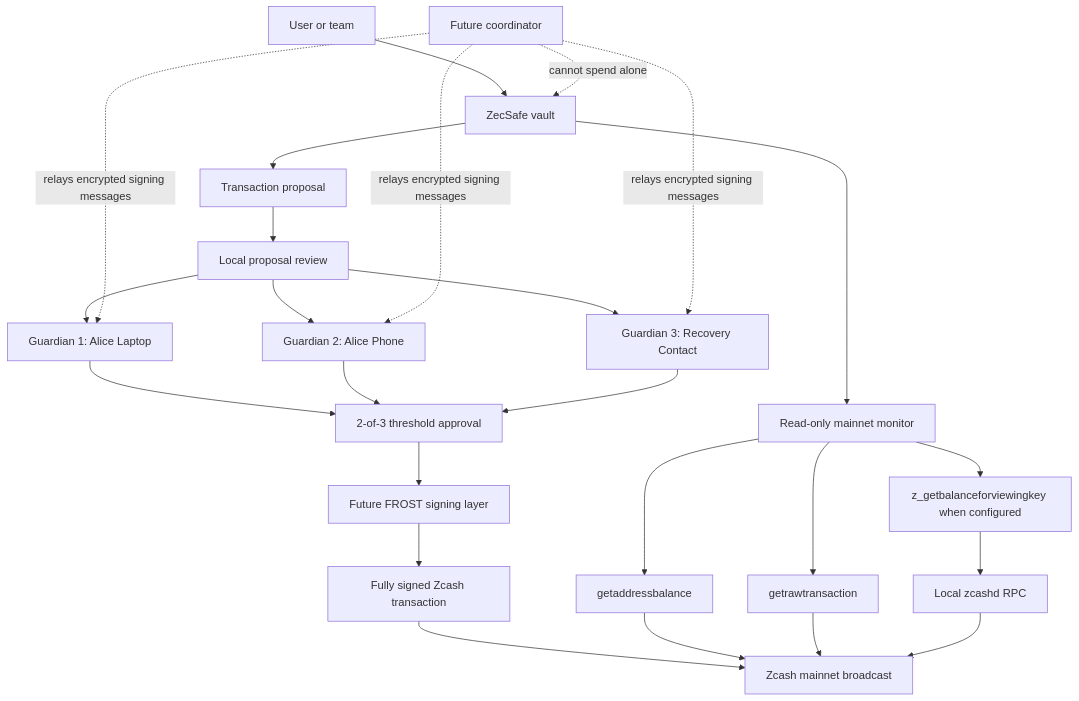
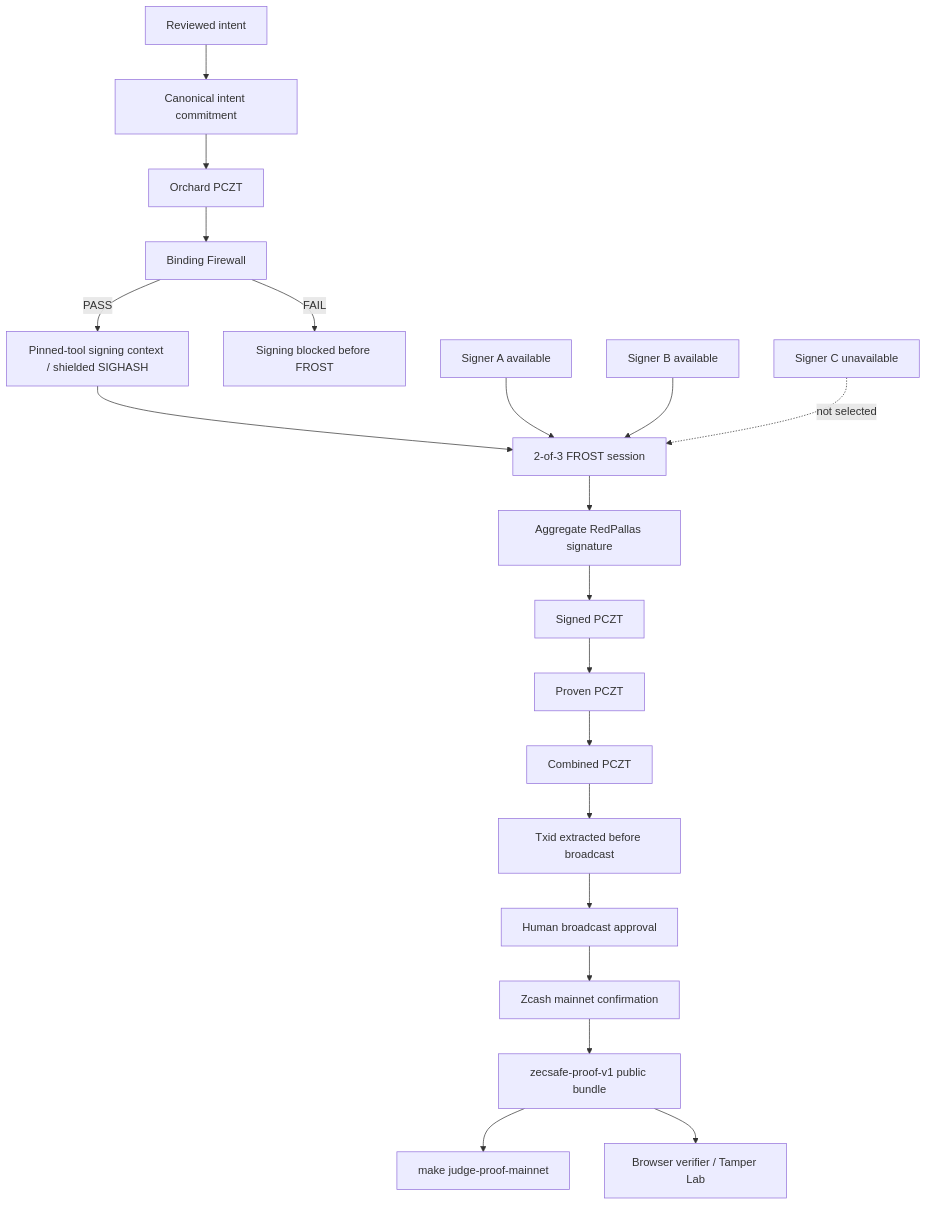
The diagram in docs/architecture-diagram.md (cyberrockng/zecsafe), drawn with Mermaid before and after one commit. The commit also changed other lines of this file and 29 other files, not shown here.

Commit message:
Prepare route-aware ZecSafe submission build

````diff
--- a/docs/architecture-diagram.md
+++ b/docs/architecture-diagram.md
@@ -3,29 +3,24 @@
 ```mermaid
 flowchart TD
-  User["User or team"] --> Vault["ZecSafe vault"]
-  Vault --> Proposal["Transaction proposal"]
-  Proposal --> Review["Local proposal review"]
-  Review --> GuardianA["Guardian 1: Alice Laptop"]
-  Review --> GuardianB["Guardian 2: Alice Phone"]
-  Review --> GuardianC["Guardian 3: Recovery Contact"]
-  GuardianA --> Threshold["2-of-3 threshold approval"]
-  GuardianB --> Threshold
-  GuardianC --> Threshold
-  Threshold --> Frost["Future FROST signing layer"]
-  Frost --> SignedTx["Fully signed Zcash transaction"]
-  SignedTx --> Mainnet["Zcash mainnet broadcast"]
+  Intent["Reviewed intent"] --> Commitment["Canonical intent commitment"]
+  Commitment --> PCZT["Orchard PCZT"]
+  PCZT --> Firewall["Binding Firewall"]
+  Firewall -->|PASS| Sighash["Pinned-tool signing context / shielded SIGHASH"]
+  Firewall -->|FAIL| Blocked["Signing blocked before FROST"]
 
-  Vault --> Monitor["Read-only mainnet monitor"]
-  Monitor --> TransparentRpc["getaddressbalance"]
-  Monitor --> TxProof["getrawtransaction"]
-  Monitor --> ViewingKey["z_getbalanceforviewingkey when configured"]
-  TransparentRpc --> Mainnet
-  TxProof --> Mainnet
-  ViewingKey --> Zcashd["Local zcashd RPC"]
-  Zcashd --> Mainnet
+  Sighash --> Frost["2-of-3 FROST session"]
+  SignerA["Signer A available"] --> Frost
+  SignerB["Signer B available"] --> Frost
+  SignerC["Signer C unavailable"] -. not selected .-> Frost
 
-  Coordinator["Future coordinator"] -. relays encrypted signing messages .-> GuardianA
-  Coordinator -. relays encrypted signing messages .-> GuardianB
-  Coordinator -. relays encrypted signing messages .-> GuardianC
-  Coordinator -. cannot spend alone .-> Vault
+  Frost --> Aggregate["Aggregate RedPallas signature"]
+  Aggregate --> SignedPczt["Signed PCZT"]
+  SignedPczt --> ProvenPczt["Proven PCZT"]
+  ProvenPczt --> CombinedPczt["Combined PCZT"]
+  CombinedPczt --> Txid["Txid extracted before broadcast"]
+  Txid --> HumanGate["Human broadcast approval"]
+  HumanGate --> Mainnet["Zcash mainnet confirmation"]
+  Mainnet --> Proof["zecsafe-proof-v1 public bundle"]
+  Proof --> CliVerifier["make judge-proof-mainnet"]
+  Proof --> BrowserVerifier["Browser verifier / Tamper Lab"]
 ```
````
